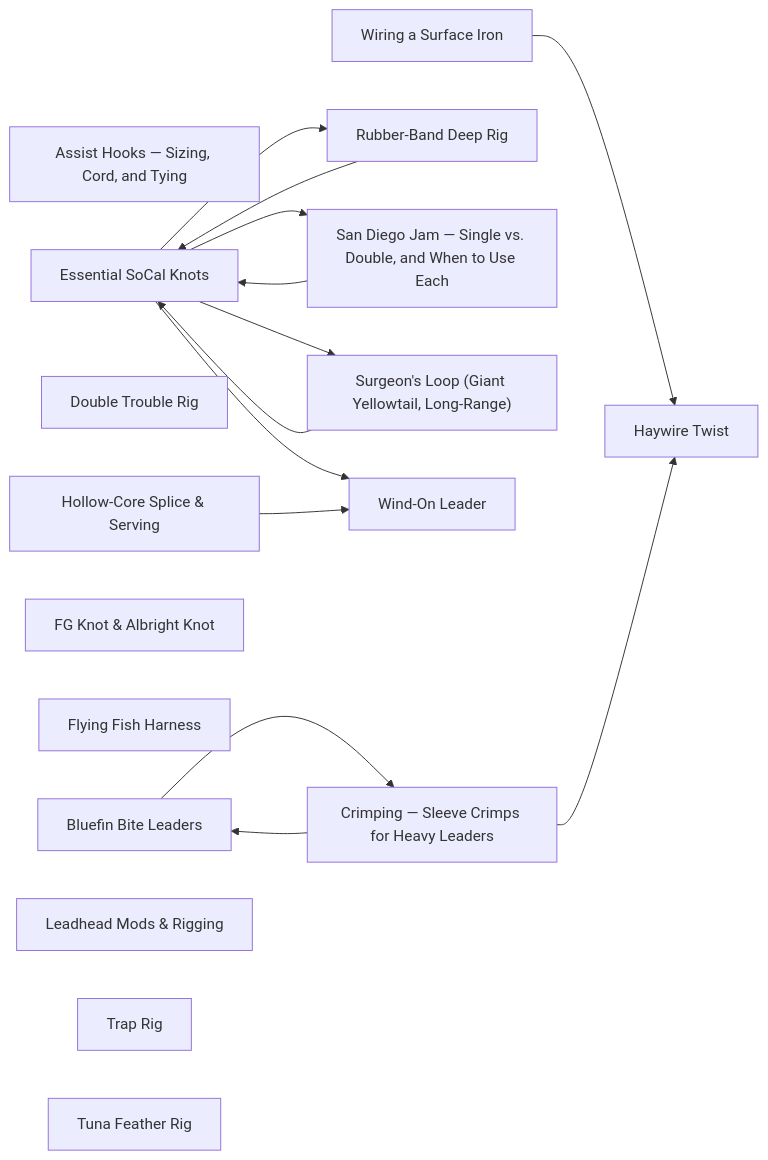
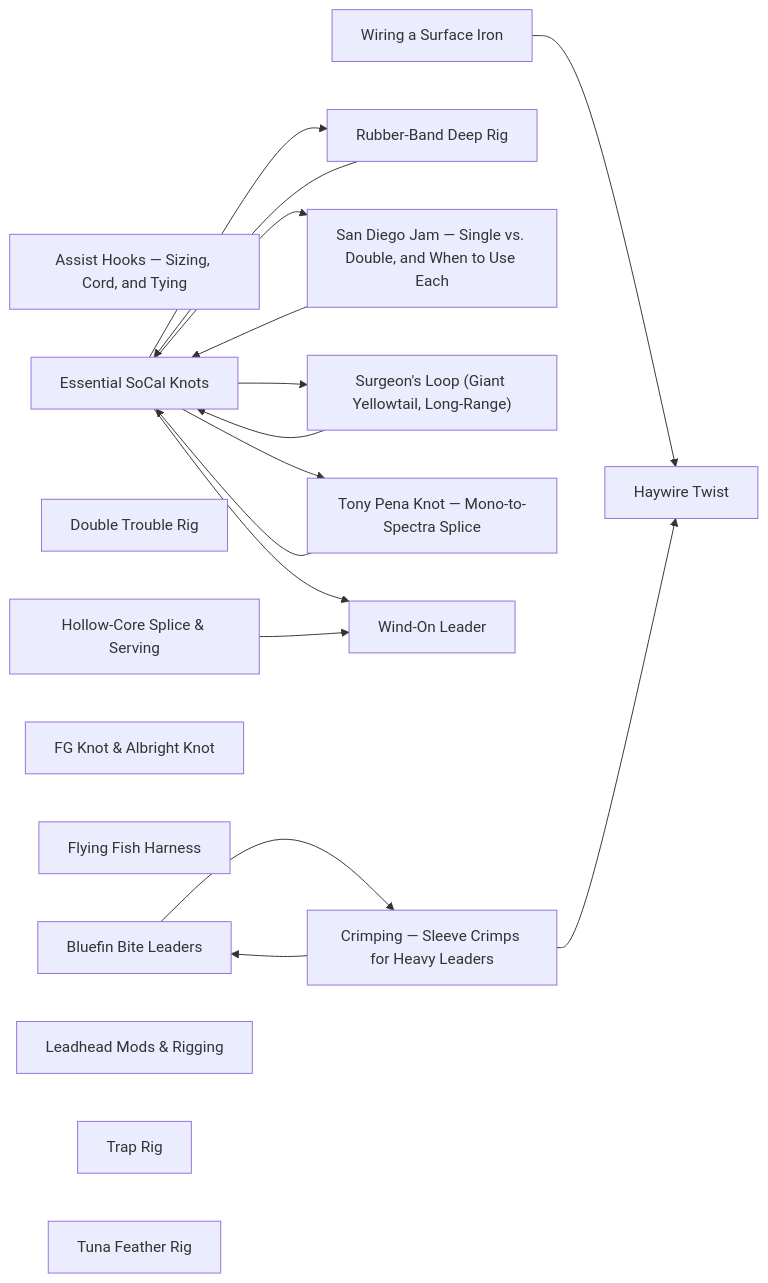
Before and after one commit to camchuckpete-max/Socal-Fishing-Knowledge: the diagram in rigging/README.md, drawn with Mermaid. The commit also changed other lines of this file and 3 other files, not shown here.

````diff
--- a/rigging/README.md
+++ b/rigging/README.md
@@ -30,32 +31,35 @@
 ```mermaid
 graph LR
   n0["Assist Hooks — Sizing, Cord, and Tying"]
   n1["Bluefin Bite Leaders"]
   n2["Crimping — Sleeve Crimps for Heavy Leaders"]
   n3["Double Trouble Rig"]
   n4["Essential SoCal Knots"]
   n5["FG Knot & Albright Knot"]
   n6["Flying Fish Harness"]
   n7["Haywire Twist"]
   n8["Hollow-Core Splice & Serving"]
   n9["Leadhead Mods & Rigging"]
   n10["Rubber-Band Deep Rig"]
   n11["San Diego Jam — Single vs. Double, and When to Use Each"]
   n12["Surgeon's Loop (Giant Yellowtail, Long-Range)"]
-  n13["Trap Rig"]
-  n14["Tuna Feather Rig"]
-  n15["Wind-On Leader"]
-  n16["Wiring a Surface Iron"]
+  n13["Tony Pena Knot — Mono-to-Spectra Splice"]
+  n14["Trap Rig"]
+  n15["Tuna Feather Rig"]
+  n16["Wind-On Leader"]
+  n17["Wiring a Surface Iron"]
   n1 --> n2
   n10 --> n4
   n11 --> n4
   n12 --> n4
-  n16 --> n7
+  n13 --> n4
+  n17 --> n7
   n2 --> n1
   n2 --> n7
   n4 --> n10
   n4 --> n11
   n4 --> n12
-  n4 --> n15
-  n8 --> n15
+  n4 --> n13
+  n4 --> n16
+  n8 --> n16
 ```
````
